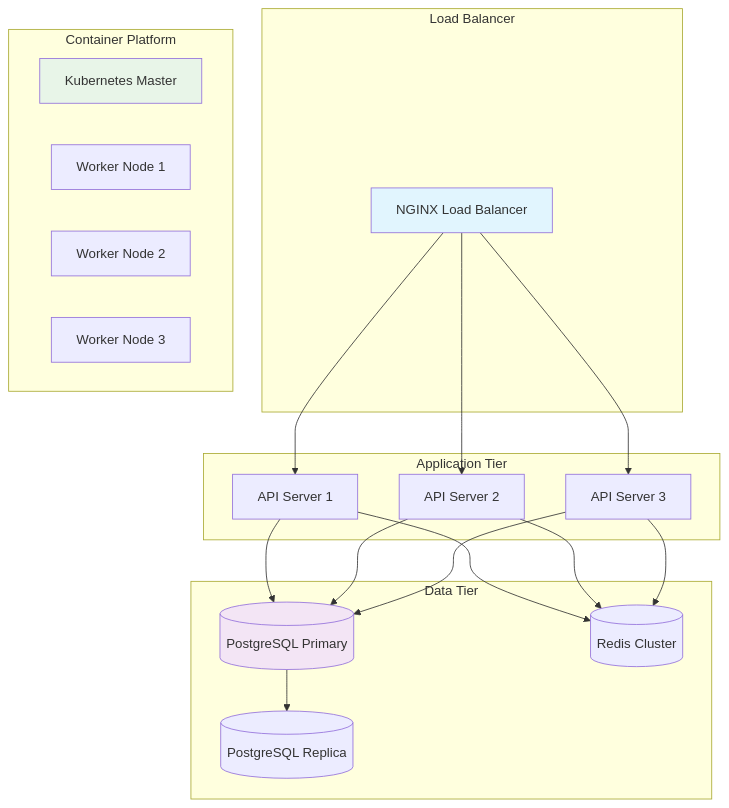
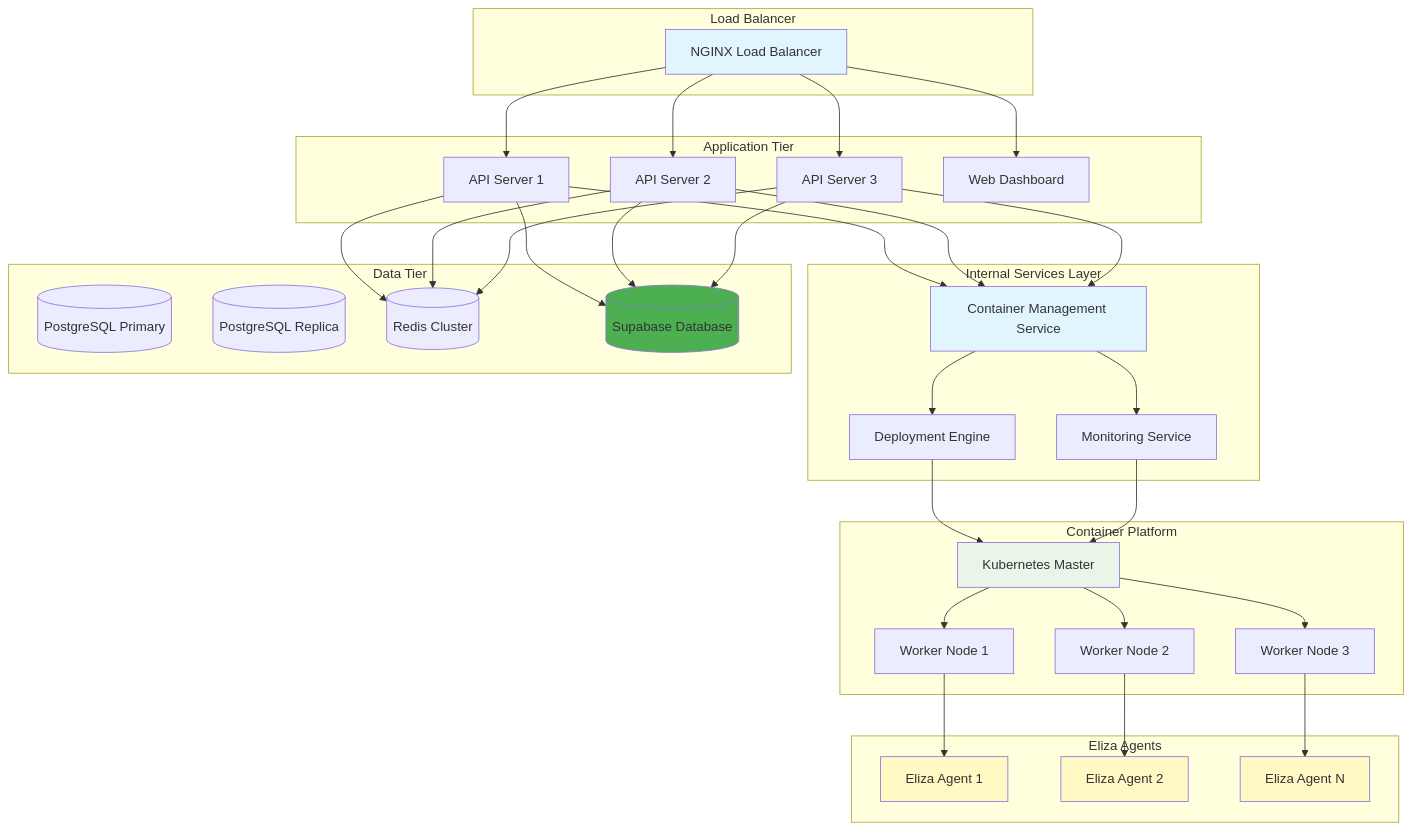
Before and after one commit to caelusway/agent-launchpad-infra: the diagram in docs/deployment.md, drawn with Mermaid. The commit also changed other lines of this file and 4 other files, not shown here.

````diff
--- a/docs/deployment.md
+++ b/docs/deployment.md
@@ -17,43 +17,77 @@
 ```mermaid
 graph TB
     subgraph "Load Balancer"
         LB[NGINX Load Balancer]
     end
     
     subgraph "Application Tier"
         API1[API Server 1]
         API2[API Server 2]
         API3[API Server 3]
+        WebUI[Web Dashboard]
+    end
+    
+    subgraph "Internal Services Layer"
+        ContainerMgmt[Container Management Service]
+        DeploymentEngine[Deployment Engine]
+        MonitoringService[Monitoring Service]
     end
     
     subgraph "Data Tier"
         DB[(PostgreSQL Primary)]
         DBR[(PostgreSQL Replica)]
         Redis[(Redis Cluster)]
+        SupaDB[(Supabase Database)]
     end
     
     subgraph "Container Platform"
         K8sM[Kubernetes Master]
         K8sN1[Worker Node 1]
         K8sN2[Worker Node 2]
         K8sN3[Worker Node 3]
     end
     
+    subgraph "Eliza Agents"
+        Agent1[Eliza Agent 1]
+        Agent2[Eliza Agent 2]
+        AgentN[Eliza Agent N]
+    end
+    
     LB --> API1
     LB --> API2
     LB --> API3
+    LB --> WebUI
     
-    API1 --> DB
-    API2 --> DB
-    API3 --> DB
+    API1 --> SupaDB
+    API2 --> SupaDB
+    API3 --> SupaDB
     
-    DB --> DBR
+    API1 --> ContainerMgmt
+    API2 --> ContainerMgmt
+    API3 --> ContainerMgmt
+    
+    ContainerMgmt --> DeploymentEngine
+    ContainerMgmt --> MonitoringService
     
     API1 --> Redis
     API2 --> Redis
     API3 --> Redis
     
+    DeploymentEngine --> K8sM
+    MonitoringService --> K8sM
+    K8sM --> K8sN1
+    K8sM --> K8sN2
+    K8sM --> K8sN3
+    
+    K8sN1 --> Agent1
+    K8sN2 --> Agent2
+    K8sN3 --> AgentN
+    
     style LB fill:#e1f5fe
-    style DB fill:#f3e5f5
+    style ContainerMgmt fill:#e1f5fe
+    style SupaDB fill:#4CAF50
     style K8sM fill:#e8f5e8
+    style Agent1 fill:#fff9c4
+    style Agent2 fill:#fff9c4
+    style AgentN fill:#fff9c4
 ```
````
